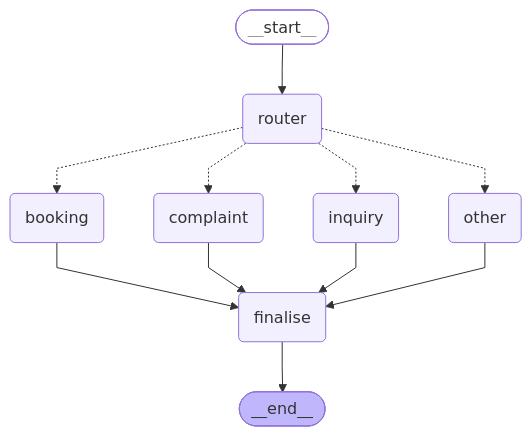
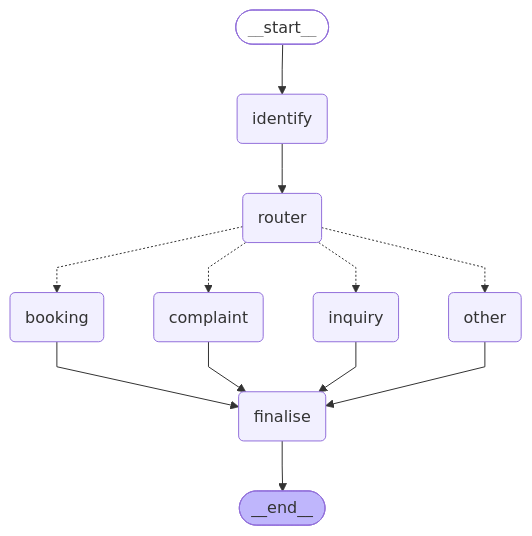
Before and after one commit to suleman2808/ai-knowledge-assistant: the diagram in docs/architecture.md, drawn with Mermaid. The commit also changed 7 other files, not shown here.

````diff
--- a/docs/architecture.md
+++ b/docs/architecture.md
@@ -7,29 +7,31 @@
 ```mermaid
 ---
 config:
   flowchart:
     curve: linear
 ---
 graph TD;
 	__start__([<p>__start__</p>]):::first
+	identify(identify)
 	router(router)
 	booking(booking)
 	inquiry(inquiry)
 	complaint(complaint)
 	other(other)
 	finalise(finalise)
 	__end__([<p>__end__</p>]):::last
-	__start__ --> router;
+	__start__ --> identify;
 	booking --> finalise;
 	complaint --> finalise;
+	identify --> router;
 	inquiry --> finalise;
 	other --> finalise;
 	router -.-> booking;
 	router -.-> complaint;
 	router -.-> inquiry;
 	router -.-> other;
 	finalise --> __end__;
 	classDef default fill:#f2f0ff,line-height:1.2
 	classDef first fill-opacity:0
 	classDef last fill:#bfb6fc
 ```
````
